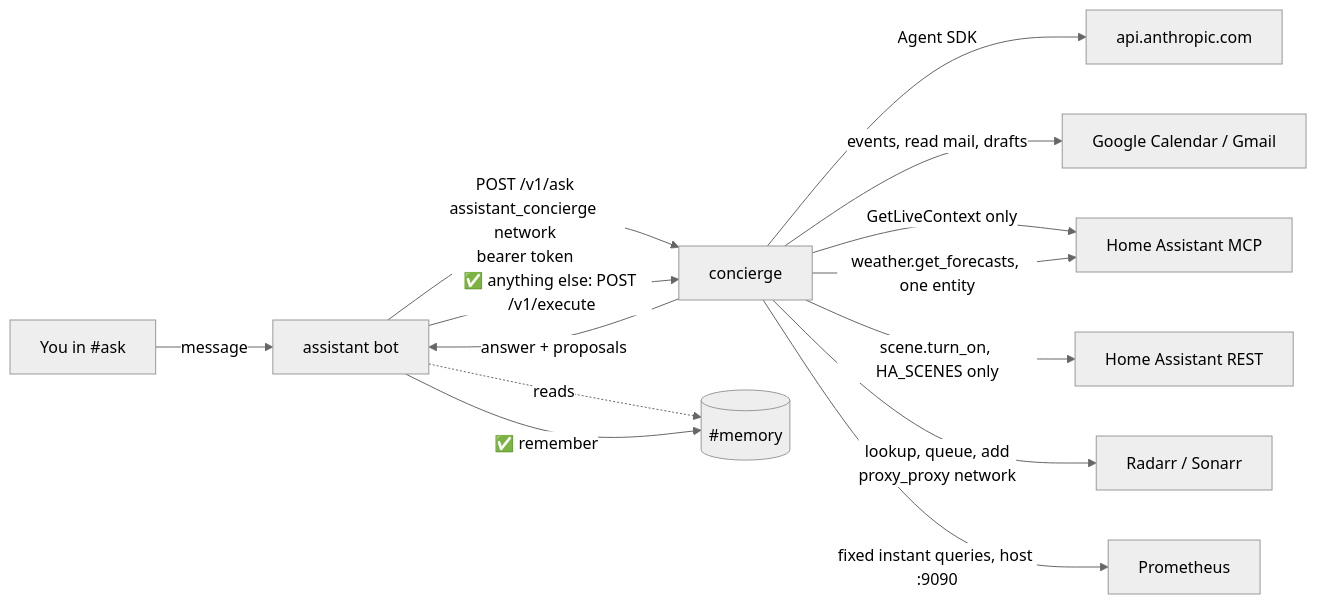
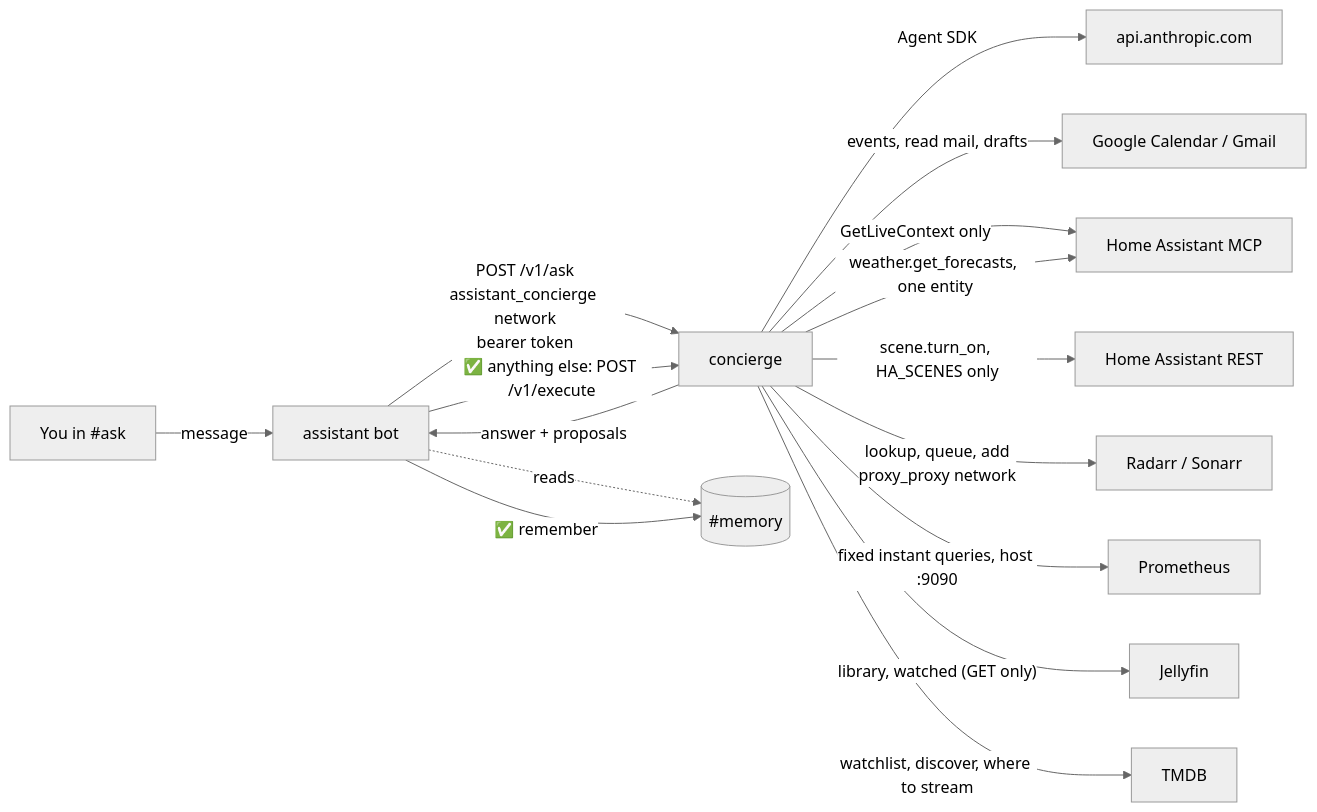
One commit to brignano/homelab changed the diagram in docker/concierge/README.md. Above: the diagram before and after it, drawn with Mermaid (neutral theme). The commit also changed other lines of this file and 12 other files, not shown here.

First line of the commit message:
concierge: movie_night picks by genre from Jellyfin, a TMDB watchlist and your services

````diff
--- a/docker/concierge/README.md
+++ b/docker/concierge/README.md
@@ -9,16 +9,18 @@
 ```mermaid
 flowchart LR
   you[You in #ask] -->|message| bot[assistant bot]
   bot -->|"POST /v1/ask<br/>assistant_concierge network<br/>bearer token"| c[concierge]
   bot -. reads .-> mem[(#memory)]
   c -->|Agent SDK| api[api.anthropic.com]
   c -->|"events, read mail, drafts"| g[Google Calendar / Gmail]
   c -->|"GetLiveContext only"| ha[Home Assistant MCP]
   c -->|"scene.turn_on, HA_SCENES only"| har[Home Assistant REST]
   c -->|"lookup, queue, add<br/>proxy_proxy network"| arr[Radarr / Sonarr]
   c -->|"weather.get_forecasts, one entity"| ha
   c -->|"fixed instant queries, host :9090"| prom[Prometheus]
+  c -->|"library, watched (GET only)"| jf[Jellyfin]
+  c -->|"watchlist, discover, where to stream"| tmdb[TMDB]
   c -->|answer + proposals| bot
   bot -->|"✅ remember"| mem
   bot -->|"✅ anything else: POST /v1/execute"| c
 ```
````
